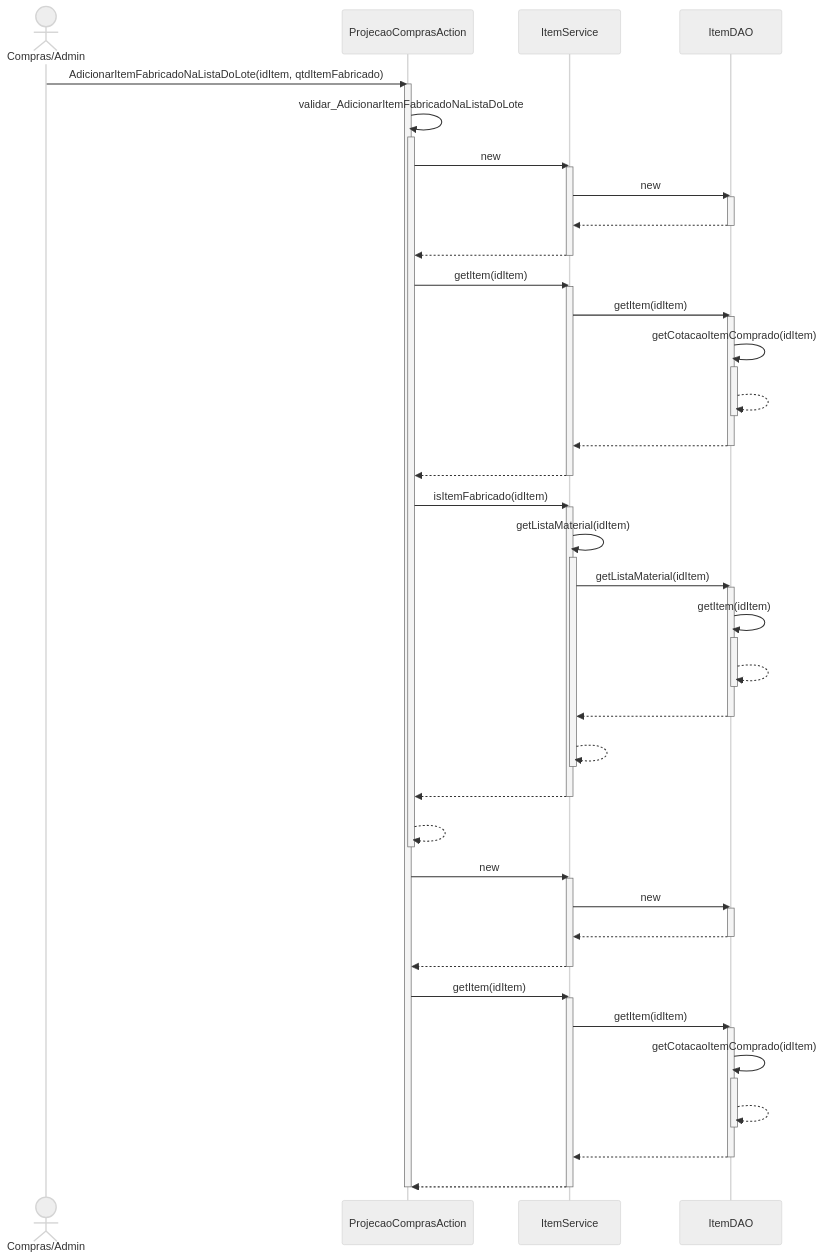
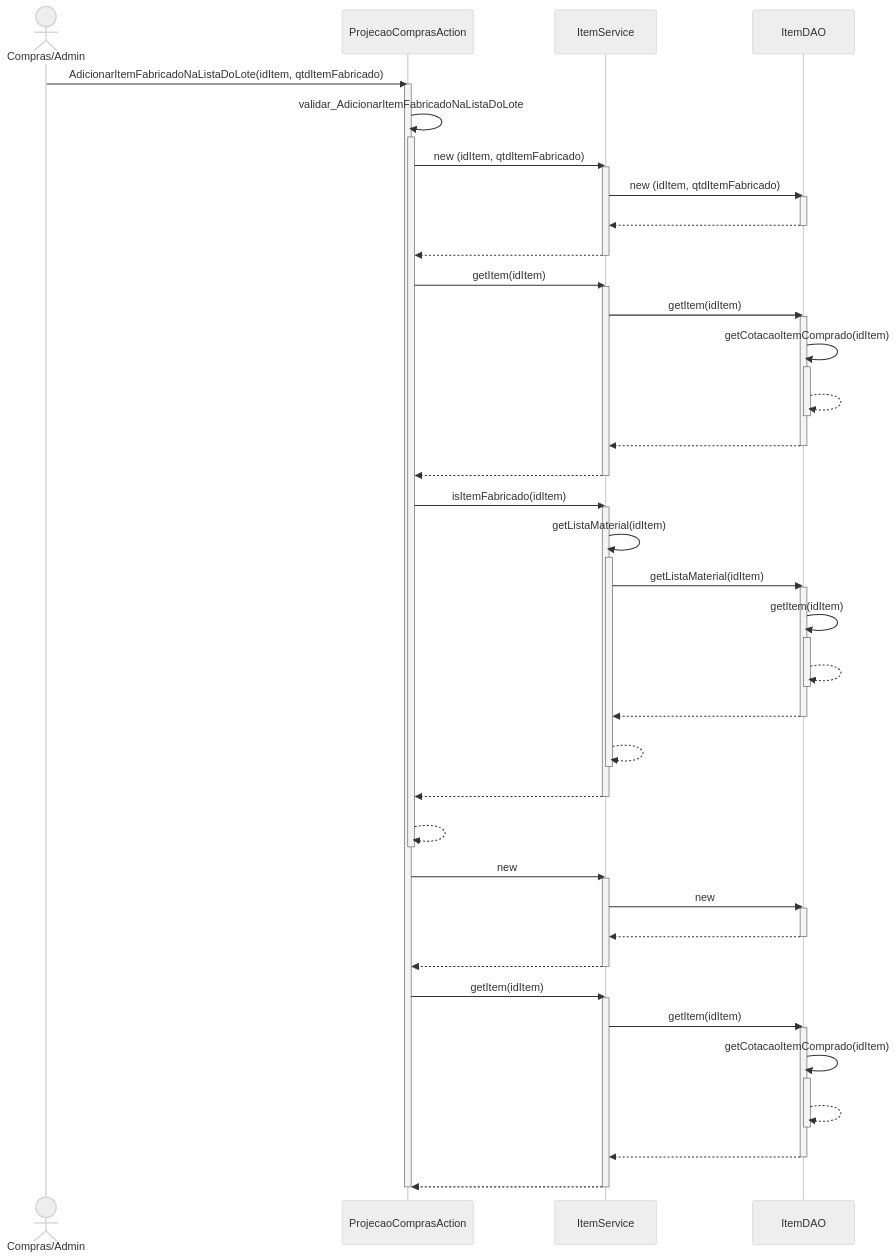
The diagram in DiagramaSequencia/Novo Diagrama Sequencia/Movimentacao/ProjecaoComprasAction_AdicionarItemFabricadoNaListaDoLote.mmd (branqsMRP/SequenceDiagram), drawn with Mermaid (neutral theme) before and after one commit. The commit also changed 16 other files, not shown here.

```diff
--- a/DiagramaSequencia/Novo Diagrama Sequencia/Movimentacao/ProjecaoComprasAction_AdicionarItemFabricadoNaListaDoLote.mmd
+++ b/DiagramaSequencia/Novo Diagrama Sequencia/Movimentacao/ProjecaoComprasAction_AdicionarItemFabricadoNaListaDoLote.mmd
@@ -1,65 +1,65 @@
 sequenceDiagram
 actor CA as Compras/Admin
 CA ->> ProjecaoComprasAction : AdicionarItemFabricadoNaListaDoLote(idItem, qtdItemFabricado)
 activate ProjecaoComprasAction
 ProjecaoComprasAction ->> ProjecaoComprasAction : validar_AdicionarItemFabricadoNaListaDoLote
 activate ProjecaoComprasAction
-ProjecaoComprasAction ->> ItemService : new
+ProjecaoComprasAction ->> ItemService : new (idItem, qtdItemFabricado)
 activate ItemService
-ItemService ->> ItemDAO : new
+ItemService ->> ItemDAO : new (idItem, qtdItemFabricado)
 activate ItemDAO
 ItemDAO -->> ItemService : #32; 
 deactivate ItemDAO
 ItemService -->> ProjecaoComprasAction : #32; 
 deactivate ItemService
 ProjecaoComprasAction ->> ItemService : getItem(idItem)
 activate ItemService
 ItemService ->> ItemDAO : getItem(idItem)
 activate ItemDAO
 ItemDAO ->> ItemDAO : getCotacaoItemComprado(idItem)
 activate ItemDAO
 ItemDAO -->> ItemDAO : #32; 
 deactivate ItemDAO
 ItemDAO -->> ItemService : #32; 
 deactivate ItemDAO
 ItemService -->> ProjecaoComprasAction : #32; 
 deactivate ItemService
 ProjecaoComprasAction ->> ItemService : isItemFabricado(idItem)
 activate ItemService
 ItemService ->> ItemService : getListaMaterial(idItem)
 activate ItemService
 ItemService ->> ItemDAO : getListaMaterial(idItem)
 activate ItemDAO
 ItemDAO ->> ItemDAO : getItem(idItem)
 activate ItemDAO
 ItemDAO -->> ItemDAO : #32; 
 deactivate ItemDAO
 ItemDAO -->> ItemService : #32; 
 deactivate ItemDAO
 ItemService -->> ItemService : #32; 
 deactivate ItemService
 ItemService -->> ProjecaoComprasAction : #32; 
 deactivate ItemService
 ProjecaoComprasAction -->> ProjecaoComprasAction : #32; 
 deactivate ProjecaoComprasAction
 ProjecaoComprasAction ->> ItemService : new
 activate ItemService
 ItemService ->> ItemDAO : new
 activate ItemDAO
 ItemDAO -->> ItemService : #32; 
 deactivate ItemDAO
 ItemService -->> ProjecaoComprasAction : #32; 
 deactivate ItemService
 ProjecaoComprasAction ->> ItemService : getItem(idItem)
 activate ItemService
 ItemService ->> ItemDAO : getItem(idItem)
 activate ItemDAO
 ItemDAO ->> ItemDAO : getCotacaoItemComprado(idItem)
 activate ItemDAO
 ItemDAO -->> ItemDAO : #32; 
 deactivate ItemDAO
 ItemDAO -->> ItemService : #32; 
 deactivate ItemDAO
 ItemService -->> ProjecaoComprasAction : #32; 
 deactivate ItemService
 deactivate ProjecaoComprasAction
```
